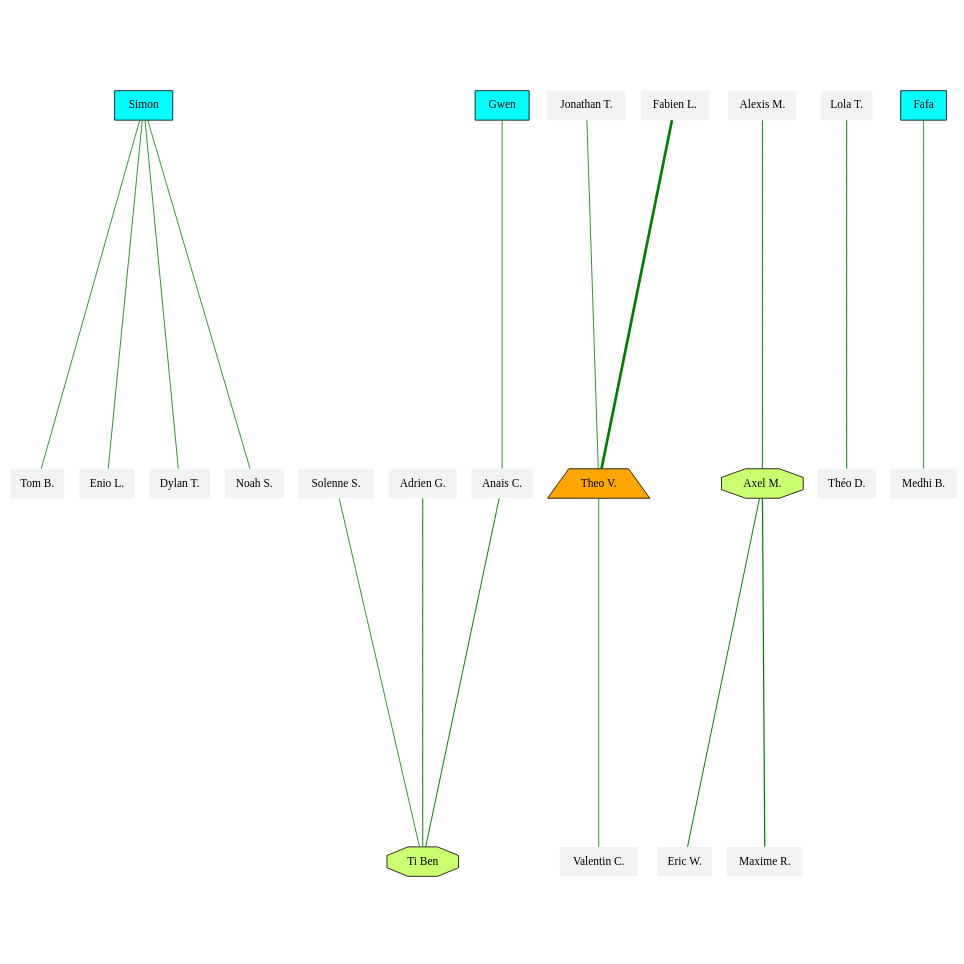
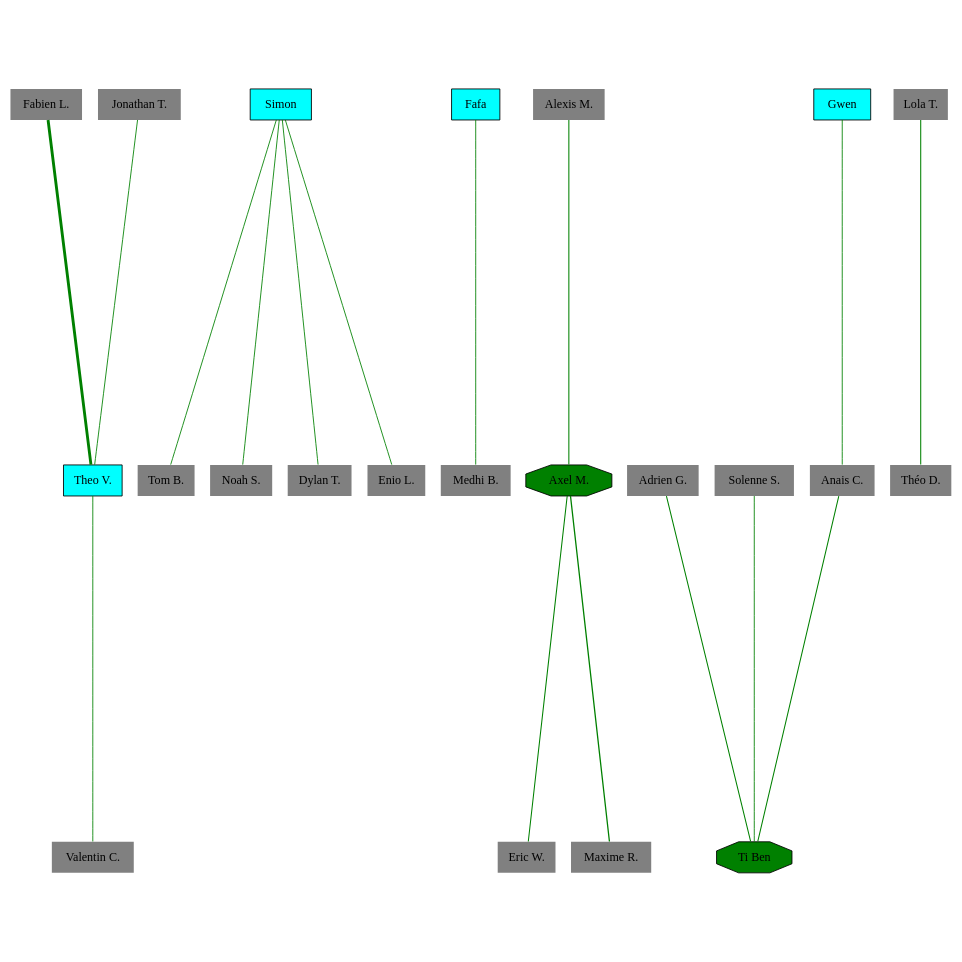
One commit to GuilhemRep/sauts changed the diagram in jumpers_INITIATION.dot. Above: the diagram before and after it, drawn with Graphviz. The commit also changed 5 other files, not shown here.

```diff
--- a/jumpers_INITIATION.dot
+++ b/jumpers_INITIATION.dot
@@ -1,41 +1,41 @@
 graph Jumpers {
 	graph [overlap=false ratio=1 size="15,15" splines=true]
-	"Tom B." [fillcolor=gray95 shape=none style=filled]
-	"Enio L." [fillcolor=gray95 shape=none style=filled]
-	"Anais C." [fillcolor=gray95 shape=none style=filled]
-	"Jonathan T." [fillcolor=gray95 shape=none style=filled]
-	"Eric W." [fillcolor=gray95 shape=none style=filled]
+	"Valentin C." [fillcolor=gray shape=none style=filled]
+	"Fabien L." [fillcolor=gray shape=none style=filled]
+	"Tom B." [fillcolor=gray shape=none style=filled]
+	"Noah S." [fillcolor=gray shape=none style=filled]
+	"Medhi B." [fillcolor=gray shape=none style=filled]
+	"Eric W." [fillcolor=gray shape=none style=filled]
+	" Fafa " [fillcolor=cyan shape=rectangle style=filled]
+	"Jonathan T." [fillcolor=gray shape=none style=filled]
+	"Maxime R." [fillcolor=gray shape=none style=filled]
+	"Dylan T." [fillcolor=gray shape=none style=filled]
+	"Enio L." [fillcolor=gray shape=none style=filled]
+	"Axel M." [fillcolor=green shape=octagon style=filled]
+	"Adrien G." [fillcolor=gray shape=none style=filled]
+	"Lola T." [fillcolor=gray shape=none style=filled]
+	"Theo V." [fillcolor=cyan shape=rectangle style=filled]
+	"Solenne S." [fillcolor=gray shape=none style=filled]
 	" Simon " [fillcolor=cyan shape=rectangle style=filled]
-	"Theo V." [fillcolor=orange shape=trapezium style=filled]
-	"Alexis M." [fillcolor=gray95 shape=none style=filled]
-	"Théo D." [fillcolor=gray95 shape=none style=filled]
-	"Axel M." [fillcolor=darkolivegreen1 shape=octagon style=filled]
-	"Solenne S." [fillcolor=gray95 shape=none style=filled]
-	"Maxime R." [fillcolor=gray95 shape=none style=filled]
-	"Dylan T." [fillcolor=gray95 shape=none style=filled]
-	"Noah S." [fillcolor=gray95 shape=none style=filled]
-	"Medhi B." [fillcolor=gray95 shape=none style=filled]
-	" Fafa " [fillcolor=cyan shape=rectangle style=filled]
-	"Adrien G." [fillcolor=gray95 shape=none style=filled]
 	" Gwen " [fillcolor=cyan shape=rectangle style=filled]
-	"Lola T." [fillcolor=gray95 shape=none style=filled]
-	"Valentin C." [fillcolor=gray95 shape=none style=filled]
-	"Ti Ben" [fillcolor=darkolivegreen1 shape=octagon style=filled]
-	"Fabien L." [fillcolor=gray95 shape=none style=filled]
+	"Alexis M." [fillcolor=gray shape=none style=filled]
+	"Ti Ben" [fillcolor=green shape=octagon style=filled]
+	"Théo D." [fillcolor=gray shape=none style=filled]
+	"Anais C." [fillcolor=gray shape=none style=filled]
 	"Fabien L." -- "Theo V." [color=green len=1.5 penwidth=3.3284271247461903]
 	"Axel M." -- "Maxime R." [color=green len=1.5 penwidth=1.5]
 	" Simon " -- "Noah S." [color=green len=1.5 penwidth=1.0]
 	" Simon " -- "Tom B." [color=green len=1.5 penwidth=1.0]
 	" Simon " -- "Enio L." [color=green len=1.5 penwidth=1.0]
 	" Fafa " -- "Medhi B." [color=green len=1.5 penwidth=1.0]
 	"Jonathan T." -- "Theo V." [color=green len=1.5 penwidth=1.0]
 	"Adrien G." -- "Ti Ben" [color=green len=1.5 penwidth=1.2071067811865475]
 	" Gwen " -- "Anais C." [color=green len=1.5 penwidth=1.0]
 	"Alexis M." -- "Axel M." [color=green len=1.5 penwidth=1.2071067811865475]
 	" Simon " -- "Dylan T." [color=green len=1.5 penwidth=1.0]
 	"Solenne S." -- "Ti Ben" [color=green len=1.5 penwidth=1.0]
 	"Anais C." -- "Ti Ben" [color=green len=1.5 penwidth=1.2071067811865475]
 	"Theo V." -- "Valentin C." [color=green len=1.5 penwidth=1.0]
 	"Axel M." -- "Eric W." [color=green len=1.5 penwidth=1.2071067811865475]
 	"Lola T." -- "Théo D." [color=green len=1.5 penwidth=1.2071067811865475]
 }
```
